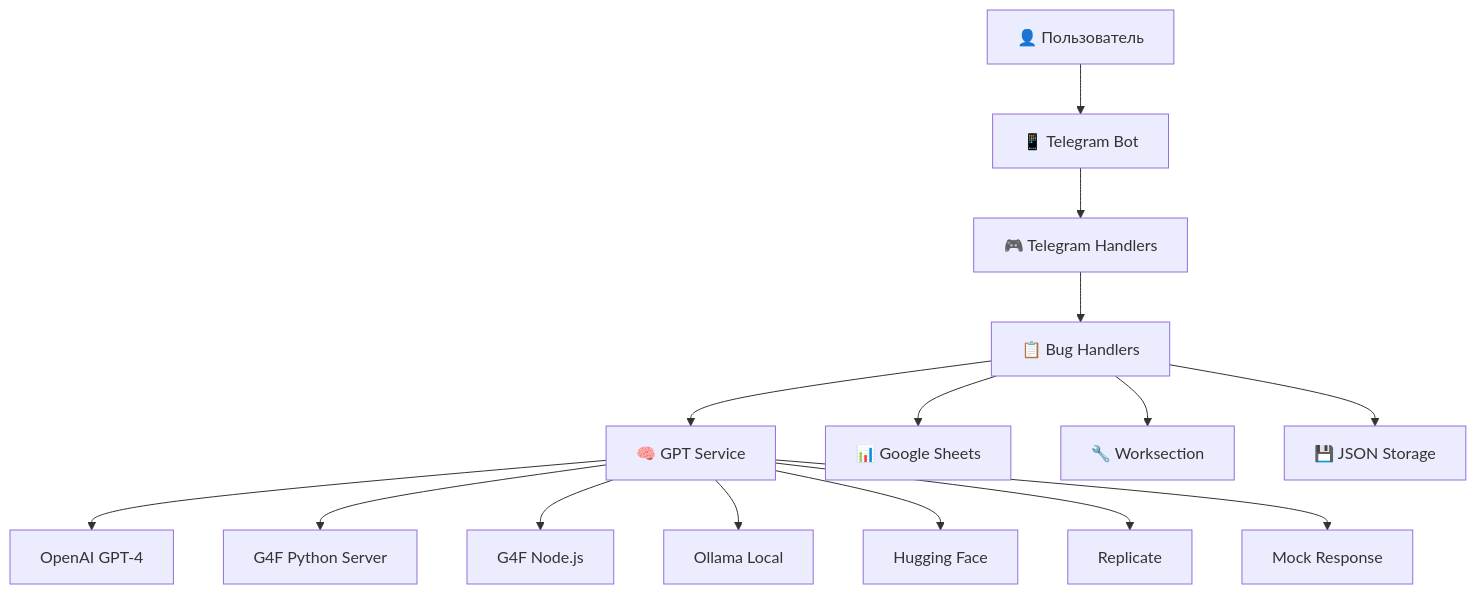
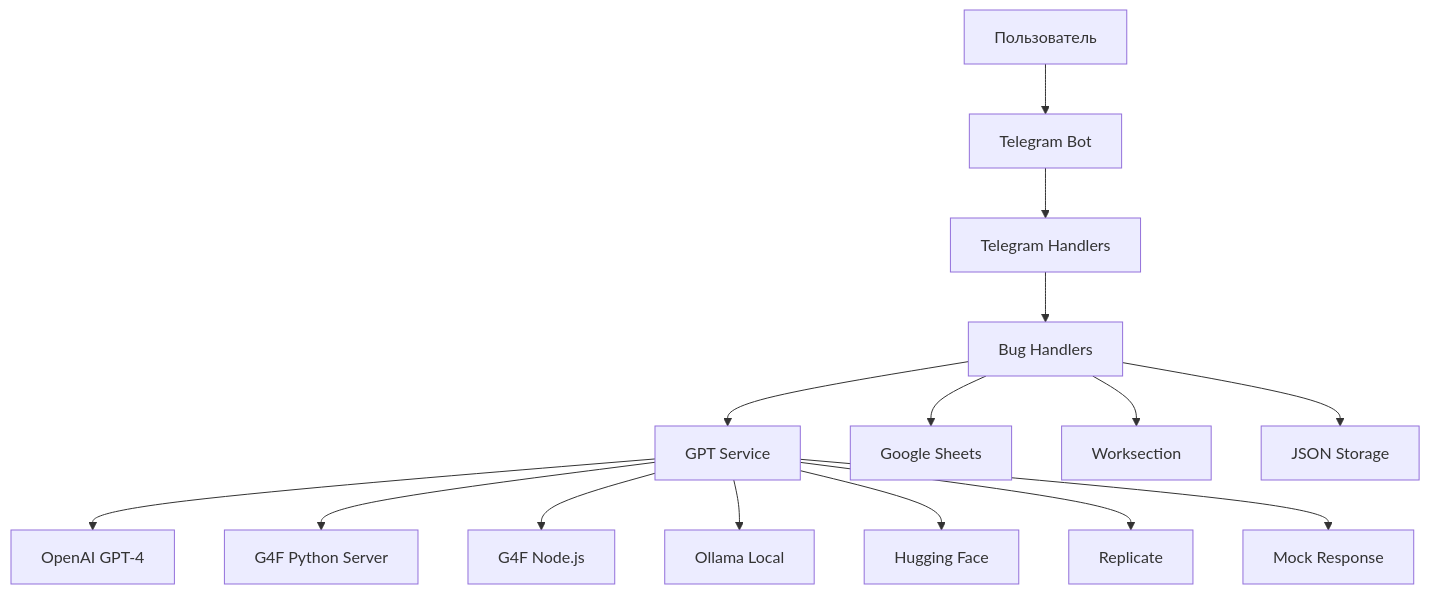
Before and after one commit to ForestSD/bugreport-google-sheets-project: the first of 3 diagrams in TECHNICAL_DOCS.md, drawn with Mermaid. The commit also changed other lines of this file and 8 other files, not shown here.

````diff
--- a/TECHNICAL_DOCS.md
+++ b/TECHNICAL_DOCS.md
@@ -39,19 +39,19 @@
 ```mermaid
 graph TB
-    U[👤 Пользователь] --> TG[📱 Telegram Bot]
-    TG --> TH[🎮 Telegram Handlers]
-    TH --> BH[📋 Bug Handlers]
-    BH --> GPT[🧠 GPT Service]
+ U[ Пользователь] --> TG[ Telegram Bot]
+ TG --> TH[ Telegram Handlers]
+ TH --> BH[ Bug Handlers]
+ BH --> GPT[ GPT Service]
 
-    GPT --> OAI[OpenAI GPT-4]
-    GPT --> G4FP[G4F Python Server]
-    GPT --> G4FN[G4F Node.js]
-    GPT --> OLL[Ollama Local]
-    GPT --> HF[Hugging Face]
-    GPT --> REP[Replicate]
-    GPT --> MOCK[Mock Response]
+ GPT --> OAI[OpenAI GPT-4]
+ GPT --> G4FP[G4F Python Server]
+ GPT --> G4FN[G4F Node.js]
+ GPT --> OLL[Ollama Local]
+ GPT --> HF[Hugging Face]
+ GPT --> REP[Replicate]
+ GPT --> MOCK[Mock Response]
 
-    BH --> GS[📊 Google Sheets]
-    BH --> WS[🔧 Worksection]
-    BH --> JSON[💾 JSON Storage]
+ BH --> GS[ Google Sheets]
+ BH --> WS[ Worksection]
+ BH --> JSON[ JSON Storage]
 ```
````
